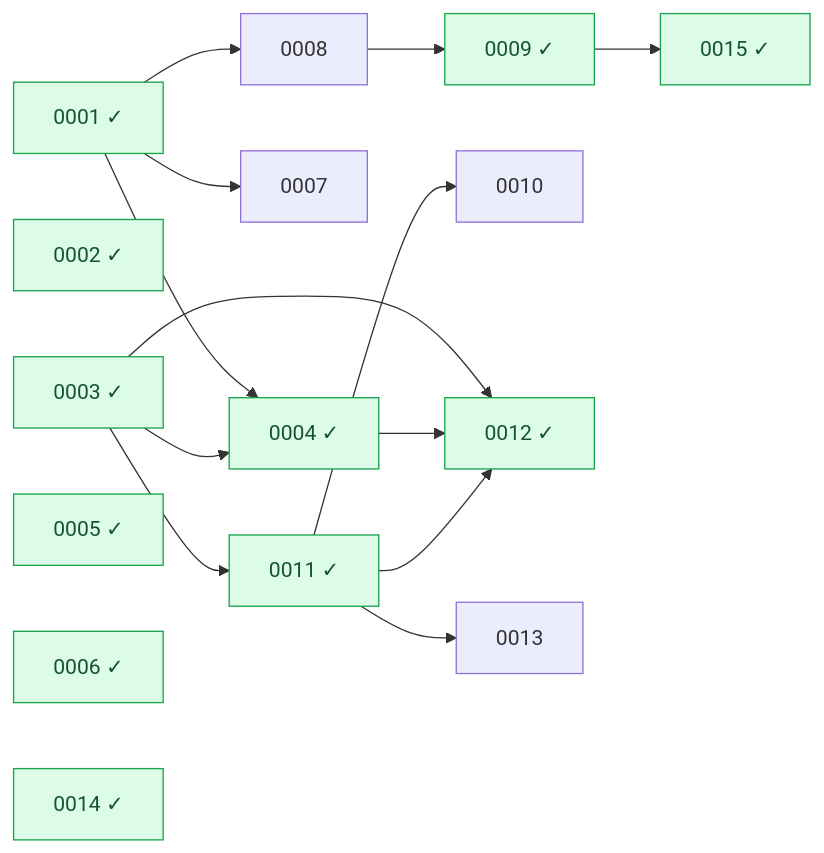
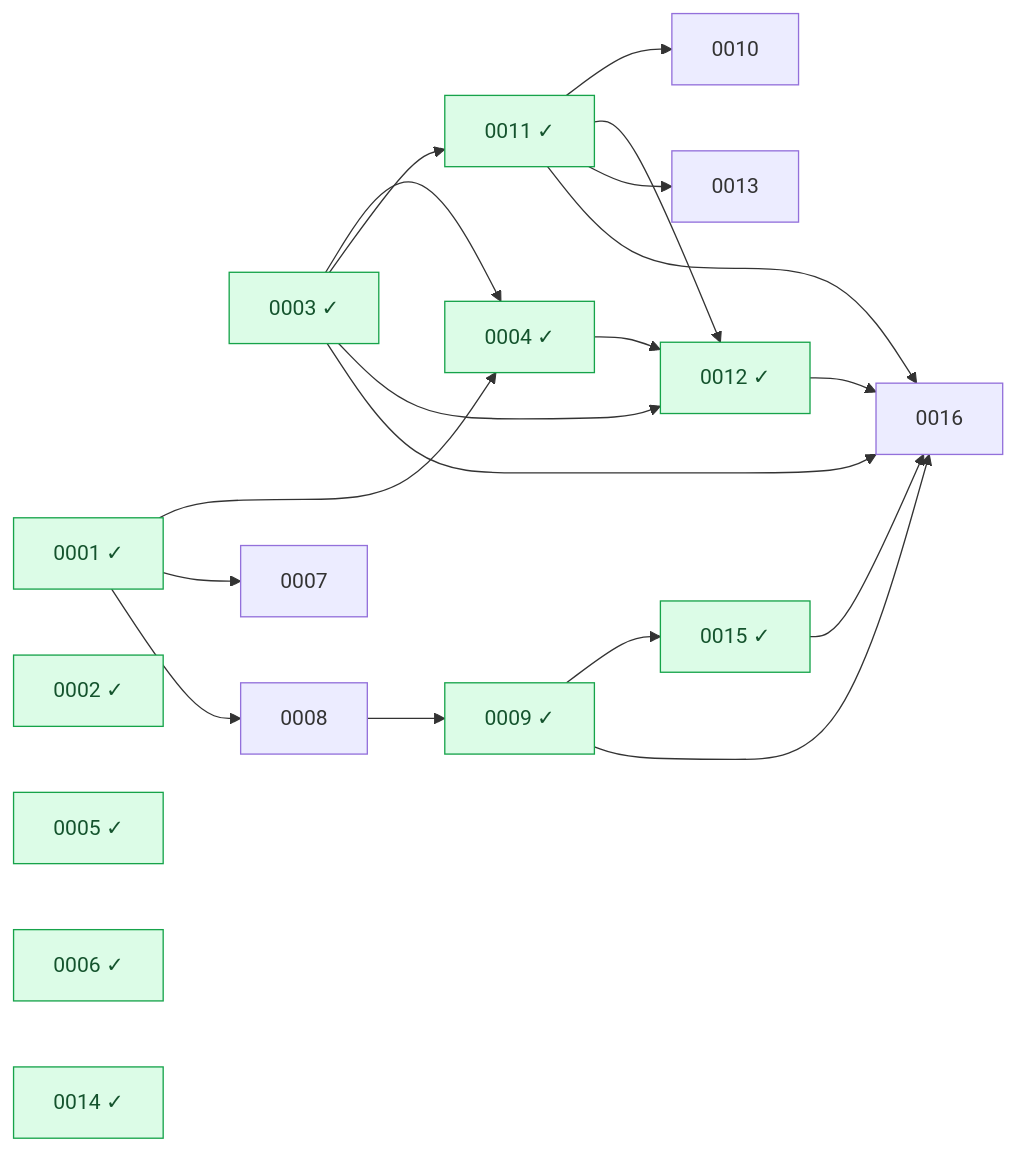
One commit to Heva-Co/piro changed the diagram in docs/rfcs/README.md. Above: the diagram before and after it, drawn with Mermaid. The commit also changed other lines of this file and 1 other file, not shown here.

Commit message:
docs(rfc): propose RFC 0016, Integration SDK with self-describing integrations and an open discriminator

````diff
--- a/docs/rfcs/README.md
+++ b/docs/rfcs/README.md
@@ -39,42 +40,48 @@
 ```mermaid
 graph LR
   n0001["0001 ✓"]
   n0002["0002 ✓"]
   n0003["0003 ✓"]
   n0004["0004 ✓"]
   n0005["0005 ✓"]
   n0006["0006 ✓"]
   n0007["0007"]
   n0008["0008"]
   n0009["0009 ✓"]
   n0010["0010"]
   n0011["0011 ✓"]
   n0012["0012 ✓"]
   n0013["0013"]
   n0014["0014 ✓"]
   n0015["0015 ✓"]
+  n0016["0016"]
   n0001 --> n0004
   n0003 --> n0004
   n0001 --> n0007
   n0001 --> n0008
   n0008 --> n0009
   n0011 --> n0010
   n0003 --> n0011
   n0003 --> n0012
   n0004 --> n0012
   n0011 --> n0012
   n0011 --> n0013
   n0009 --> n0015
+  n0003 --> n0016
+  n0009 --> n0016
+  n0011 --> n0016
+  n0012 --> n0016
+  n0015 --> n0016
   classDef done fill:#dcfce7,stroke:#16a34a,color:#14532d;
   class n0001 done;
   class n0002 done;
   class n0003 done;
   class n0004 done;
   class n0005 done;
   class n0006 done;
   class n0009 done;
   class n0011 done;
   class n0012 done;
   class n0014 done;
   class n0015 done;
 ```
````
